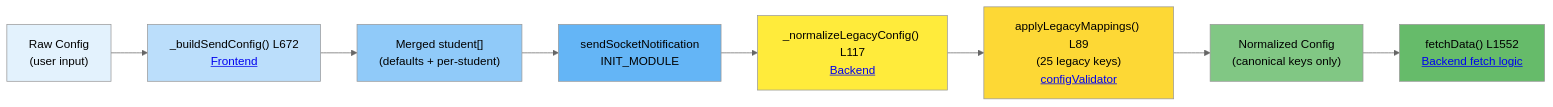
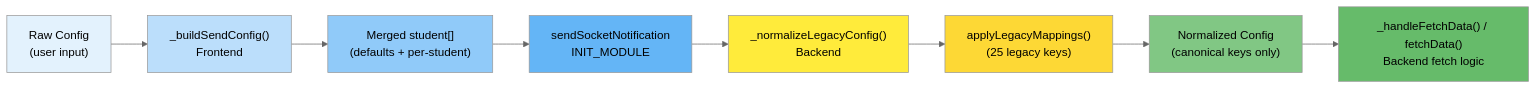
One commit to HeikoGr/MMM-Webuntis changed the fourth of 13 diagrams in docs/ARCHITECTURE.md. Above: the diagram before and after it, drawn with Mermaid (neutral theme). The commit also changed other lines of this file and 41 other files, not shown here.

````diff
--- a/docs/ARCHITECTURE.md
+++ b/docs/ARCHITECTURE.md
@@ -502,20 +502,20 @@
 ```mermaid
 graph LR
     A["Raw Config<br/>(user input)"]:::input
-    --> B["_buildSendConfig() L672<br/><a href='../MMM-Webuntis.js#L672'>Frontend</a>"]:::frontend
+    --> B["_buildSendConfig()<br/>Frontend"]:::frontend
     --> C["Merged student[]<br/>(defaults + per-student)"]:::merged
     --> D["sendSocketNotification<br/>INIT_MODULE"]:::socket
-    --> E["_normalizeLegacyConfig() L117<br/><a href='../node_helper.js#L117'>Backend</a>"]:::backend
-    --> F["applyLegacyMappings() L89<br/>(25 legacy keys)<br/><a href='../lib/configValidator.js#L89'>configValidator</a>"]:::validator
+    --> E["_normalizeLegacyConfig()<br/>Backend"]:::backend
+    --> F["applyLegacyMappings()<br/>(25 legacy keys)"]:::validator
     --> G["Normalized Config<br/>(canonical keys only)"]:::normalized
-    --> H["fetchData() L1552<br/><a href='../node_helper.js#L1552'>Backend fetch logic</a>"]:::fetch
+    --> H["_handleFetchData() / fetchData()<br/>Backend fetch logic"]:::fetch
 
     classDef input fill:#e3f2fd
     classDef frontend fill:#bbdefb
     classDef merged fill:#90caf9
     classDef socket fill:#64b5f6
     classDef backend fill:#ffeb3b
     classDef validator fill:#fdd835
     classDef normalized fill:#81c784
     classDef fetch fill:#66bb6a
 ```
````
